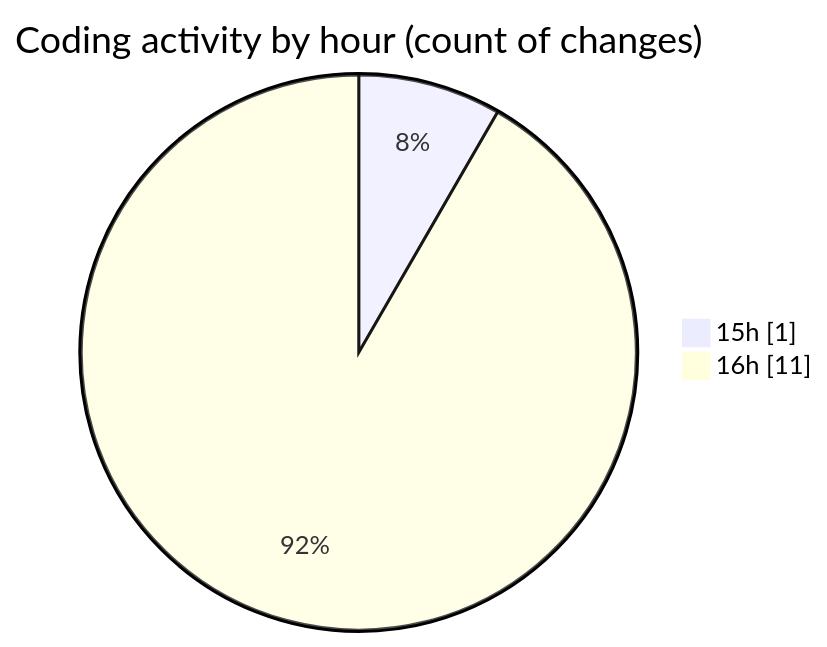
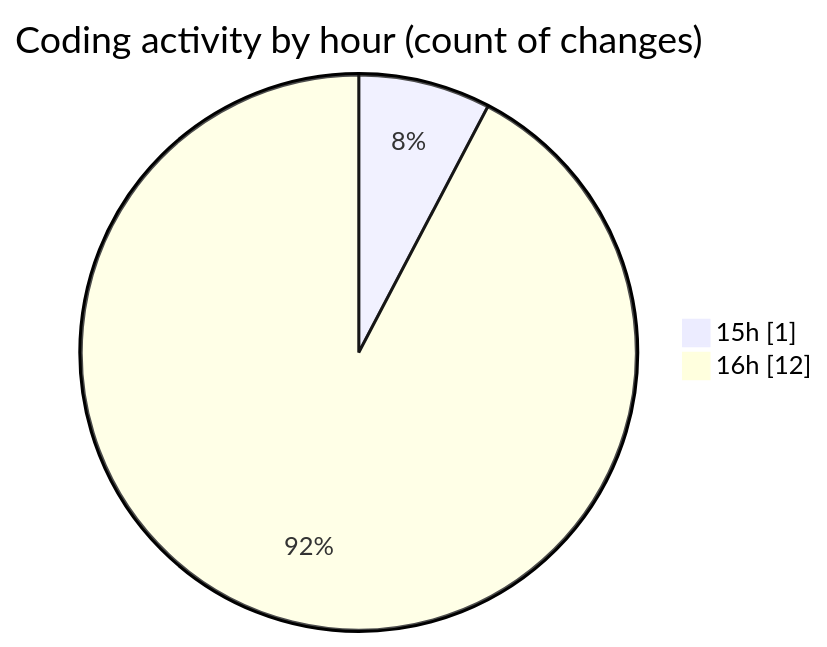
One commit to debugP/code-tracking changed the second of 2 diagrams in 2025-10-14/untitled__workspace_/README.md. Above: the diagram before and after it, drawn with Mermaid. The commit also changed other lines of this file and 1 other file, not shown here.

````diff
--- a/2025-10-14/untitled__workspace_/README.md
+++ b/2025-10-14/untitled__workspace_/README.md
@@ -28,6 +28,6 @@
 ```mermaid
 pie showData
 title Coding activity by hour (count of changes)
 "15h" : 1
-"16h" : 11
+"16h" : 12
 ```
````
